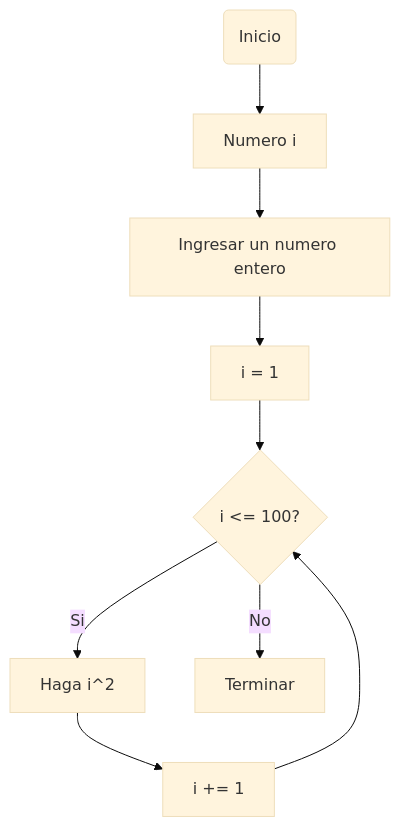
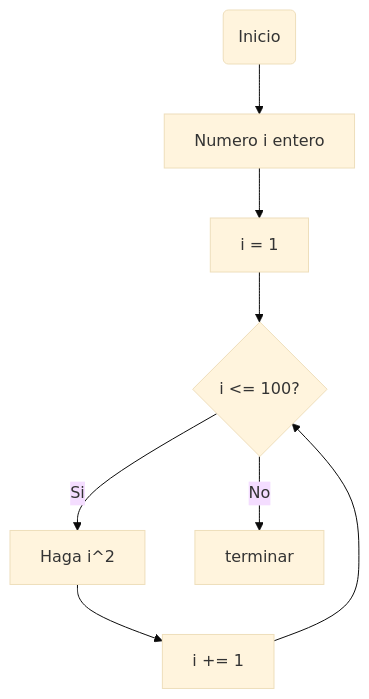
The first of 3 diagrams in README.md (aanavega/Reto-siete), drawn with Mermaid (base theme) before and after one commit. The commit also changed other lines of this file, not shown here.

````diff
--- a/README.md
+++ b/README.md
@@ -23,13 +23,11 @@
 ```mermaid
 flowchart TD
    B(Inicio)
-   B --> C[Numero i]
-   C --> D[Ingresar un numero entero]
- 
-   D -->F[i = 1]
-   F -->G{i <= 100?}
+   B --> C[Numero i entero]
+   C -->D[i = 1]
+  -->G{i <= 100?}
    G -->|Si|h[Haga i^2]
-   G -->|No|K[Terminar]
+   G -->|No|K[terminar]
    h --> J[i += 1]
    J-->G
 ```
````
